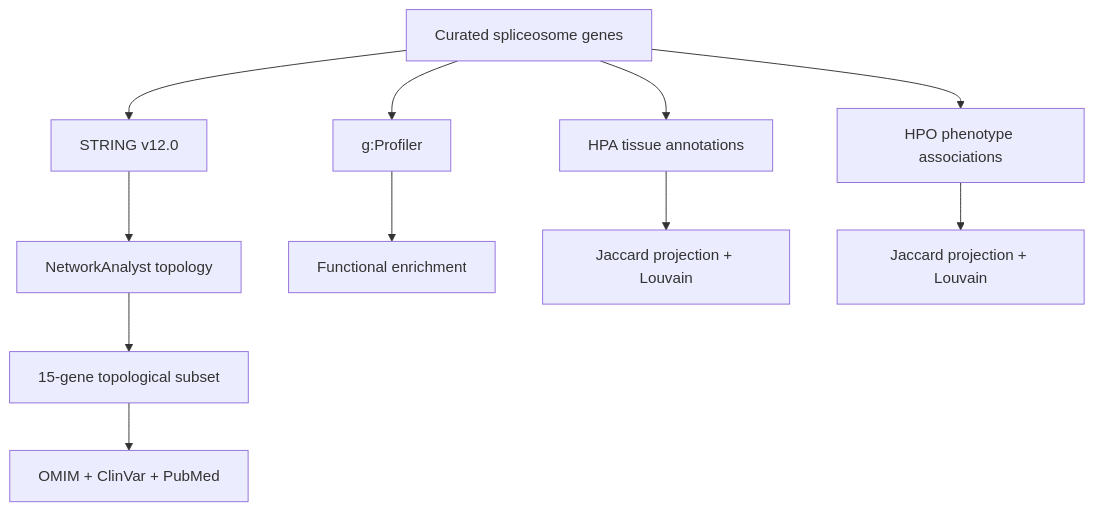
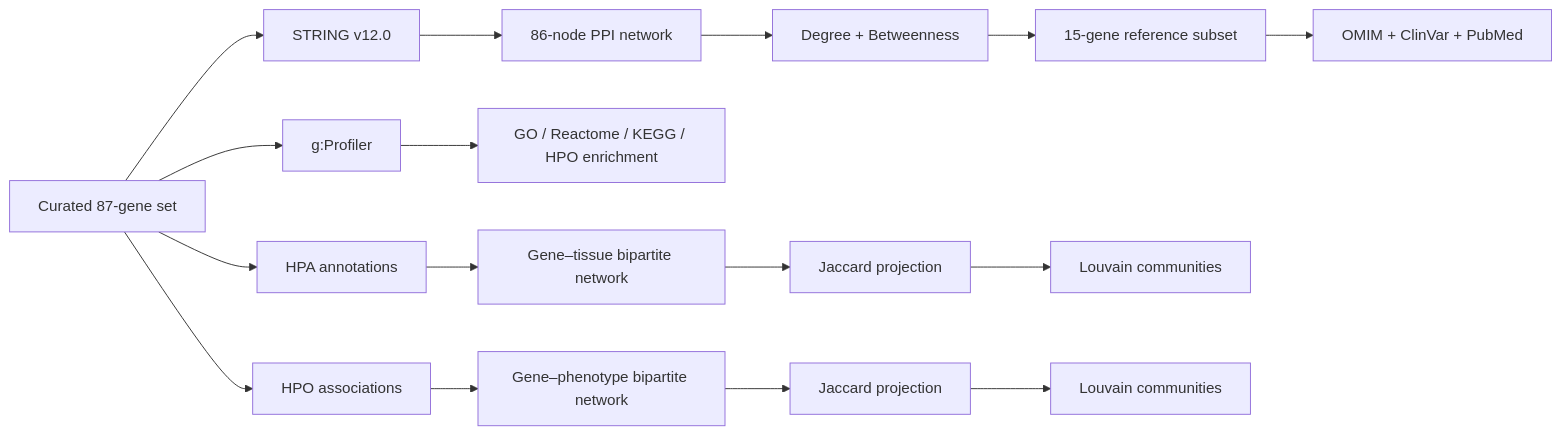
Before and after one commit to abaicru/spliceosome-network-analysis-R: the diagram in README.md, drawn with Mermaid. The commit also changed other lines of this file, not shown here.

````diff
--- a/README.md
+++ b/README.md
@@ -51,13 +90,22 @@
 ```mermaid
-flowchart TD
-    A[Curated spliceosome genes] --> B[STRING v12.0]
+flowchart LR
+    A[Curated 87-gene set] --> B[STRING v12.0]
     A --> C[g:Profiler]
-    A --> D[HPA tissue annotations]
-    A --> E[HPO phenotype associations]
-    B --> F[NetworkAnalyst topology]
-    F --> G[15-gene topological subset]
-    C --> H[Functional enrichment]
-    D --> I[Jaccard projection + Louvain]
-    E --> J[Jaccard projection + Louvain]
-    G --> K[OMIM + ClinVar + PubMed]
+    A --> D[HPA annotations]
+    A --> E[HPO associations]
+
+    B --> F[86-node PPI network]
+    F --> G[Degree + Betweenness]
+    G --> H[15-gene reference subset]
+
+    C --> I[GO / Reactome / KEGG / HPO enrichment]
+    D --> J[Gene–tissue bipartite network]
+    E --> K[Gene–phenotype bipartite network]
+
+    J --> L[Jaccard projection]
+    K --> M[Jaccard projection]
+    L --> N[Louvain communities]
+    M --> O[Louvain communities]
+
+    H --> P[OMIM + ClinVar + PubMed]
 ```
````
